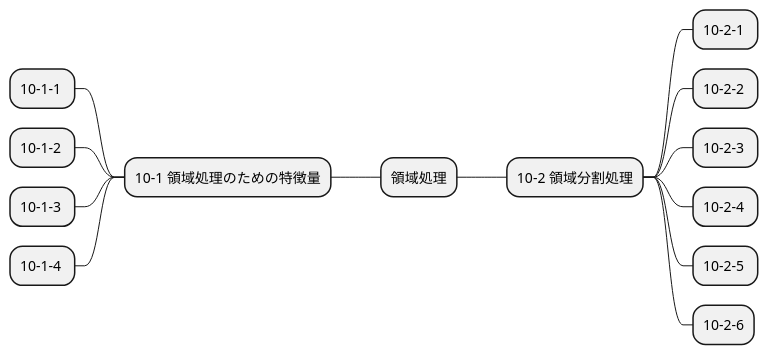
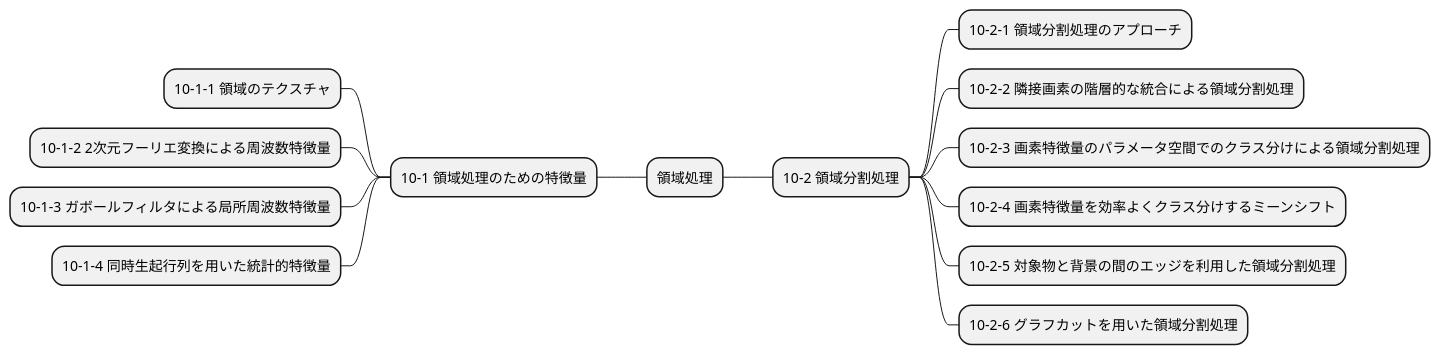
The diagram in mindmap/img_proc_expert_10.puml (Takayoshi-Matsuyama/image_processing), drawn with PlantUML before and after one commit. The commit also changed 16 other files, not shown here.

Commit message:
mindmap - ex index

```diff
--- a/mindmap/img_proc_expert_10.puml
+++ b/mindmap/img_proc_expert_10.puml
@@ -1,15 +1,15 @@
 @startmindmap img_proc_expert_10
 + 領域処理
 -- 10-1 領域処理のための特徴量
---- 10-1-1 
---- 10-1-2 
---- 10-1-3 
---- 10-1-4 
+--- 10-1-1 領域のテクスチャ
+--- 10-1-2 2次元フーリエ変換による周波数特徴量
+--- 10-1-3 ガボールフィルタによる局所周波数特徴量
+--- 10-1-4 同時生起行列を用いた統計的特徴量
 ++ 10-2 領域分割処理
-+++ 10-2-1 
-+++ 10-2-2 
-+++ 10-2-3 
-+++ 10-2-4 
-+++ 10-2-5 
-+++ 10-2-6
++++ 10-2-1 領域分割処理のアプローチ
++++ 10-2-2 隣接画素の階層的な統合による領域分割処理
++++ 10-2-3 画素特徴量のパラメータ空間でのクラス分けによる領域分割処理
++++ 10-2-4 画素特徴量を効率よくクラス分けするミーンシフト
++++ 10-2-5 対象物と背景の間のエッジを利用した領域分割処理
++++ 10-2-6 グラフカットを用いた領域分割処理
 @endmindmap
```
